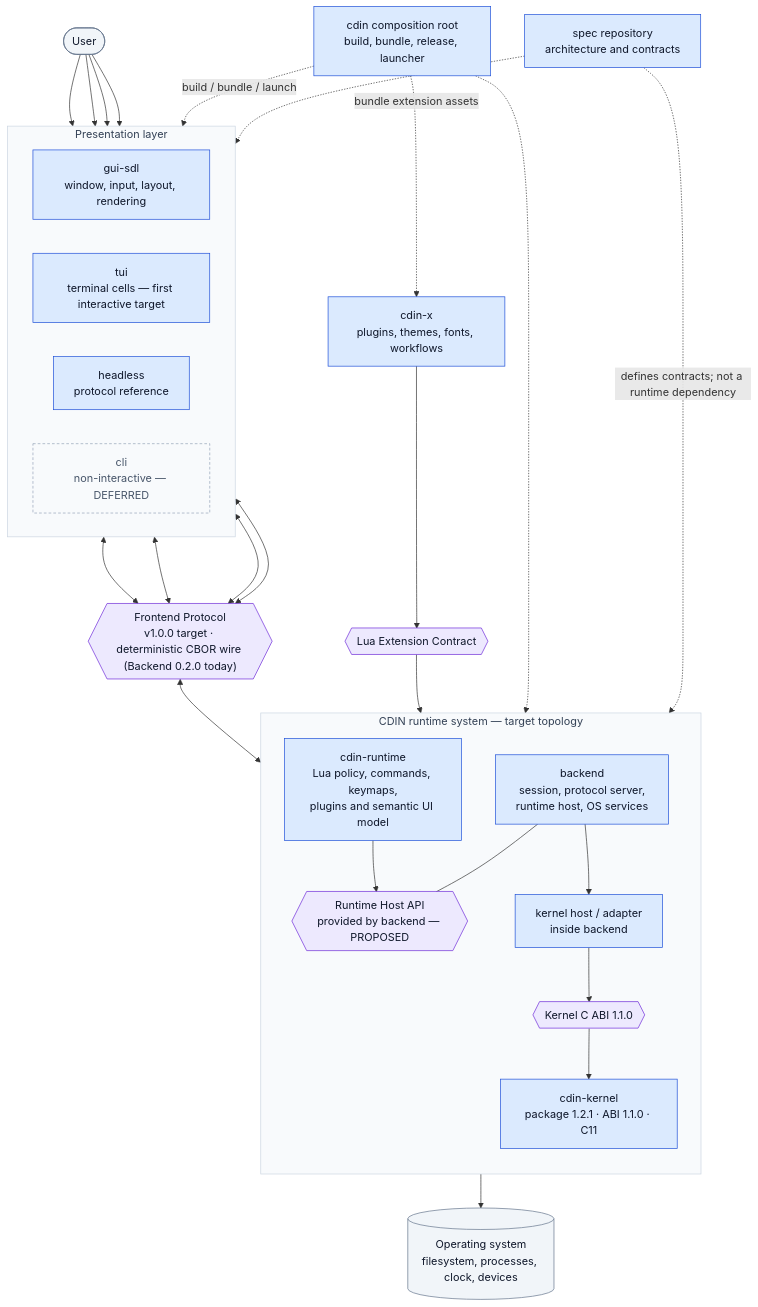
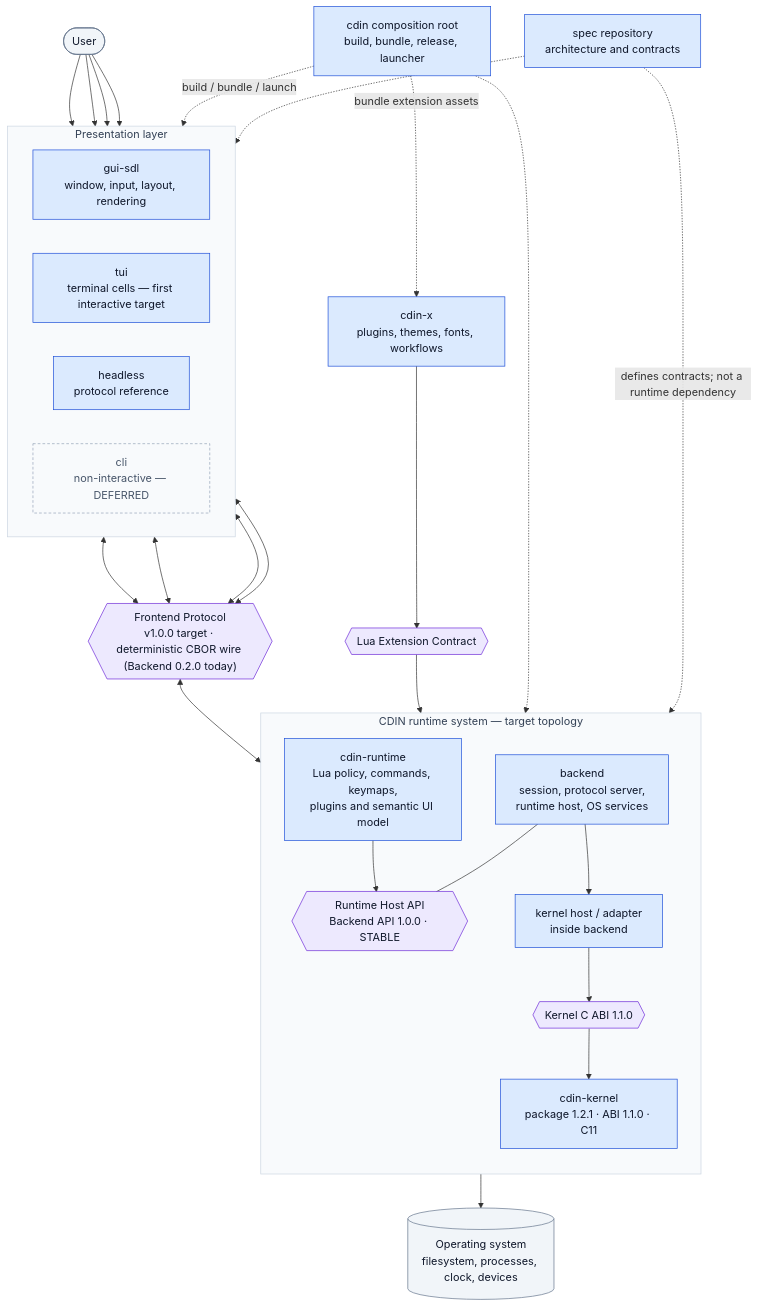
Before and after one commit to cdin-editor/spec: the diagram in README.md, drawn with Mermaid. The commit also changed other lines of this file and 16 other files, not shown here.

First line of the commit message:
docs(spec): consolidate Runtime v1 and Host API 1.0.0 into Spec 1.3.0

````diff
--- a/README.md
+++ b/README.md
@@ -15,61 +15,61 @@
 ```mermaid
 flowchart TB
     USER(["User"])
 
     subgraph PRESENTATION["Presentation layer"]
         direction LR
         GUI["gui-sdl<br/>window, input, layout, rendering"]
         TUI["tui<br/>terminal cells — first interactive target"]
         HEADLESS["headless<br/>protocol reference"]
         CLI["cli<br/>non-interactive — DEFERRED"]
     end
     FP{{"Frontend Protocol<br/>v1.0.0 target · deterministic CBOR wire (Backend 0.2.0 today)"}}
 
     subgraph PRODUCT["CDIN runtime system — target topology"]
         direction TB
         BE["backend<br/>session, protocol server,<br/>runtime host, OS services"]
-        RHA{{"Runtime Host API<br/>provided by backend — PROPOSED"}}
+        RHA{{"Runtime Host API<br/>Backend API 1.0.0 · STABLE"}}
         RT["cdin-runtime<br/>Lua policy, commands, keymaps,<br/>plugins and semantic UI model"]
         KHOST["kernel host / adapter<br/>inside backend"]
         KABI{{"Kernel C ABI 1.1.0"}}
         K["cdin-kernel<br/>package 1.2.1 · ABI 1.1.0 · C11"]
         BE --- RHA
         RT --> RHA
         BE --> KHOST --> KABI --> K
     end
 
     EXTAPI{{"Lua Extension Contract"}}
     X["cdin-x<br/>plugins, themes, fonts, workflows"]
     OS[("Operating system<br/>filesystem, processes, clock, devices")]
     ROOT["cdin composition root<br/>build, bundle, release, launcher"]
     SPEC["spec repository<br/>architecture and contracts"]
 
     USER --> GUI
     USER --> TUI
     USER --> HEADLESS
 USER --> CLI
     GUI <--> FP
     TUI <--> FP
     HEADLESS <--> FP
 CLI <--> FP
     FP <--> BE
     X --> EXTAPI --> RT
     BE --> OS
     ROOT -. "build / bundle / launch" .-> PRESENTATION
     ROOT -.-> PRODUCT
     ROOT -. "bundle extension assets" .-> X
     SPEC -. "defines contracts; not a runtime dependency" .-> PRODUCT
     SPEC -.-> PRESENTATION
 
     classDef comp fill:#dbeafe,stroke:#1d4ed8,color:#0f172a
     classDef contract fill:#ede9fe,stroke:#6d28d9,color:#0f172a
     classDef external fill:#f1f5f9,stroke:#64748b,color:#0f172a
     classDef group fill:#f8fafc,stroke:#cbd5e1,color:#334155
     classDef deferred fill:#f8fafc,stroke:#94a3b8,color:#475569,stroke-dasharray:4 3
     class TUI component
     class CLI deferred
     class GUI,TUI,HEADLESS,BE,K,KHOST,RT,ROOT,SPEC,X comp
     class FP,RHA,KABI,EXTAPI contract
     class OS,USER external
     class PRESENTATION,PRODUCT group
 ```
````
